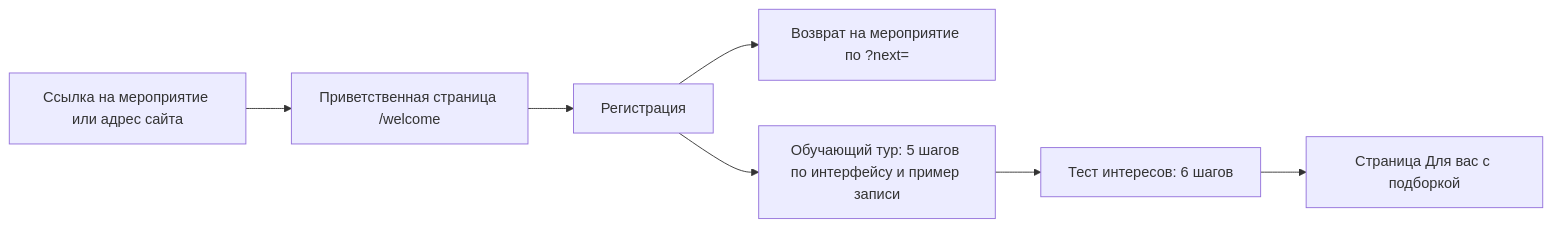
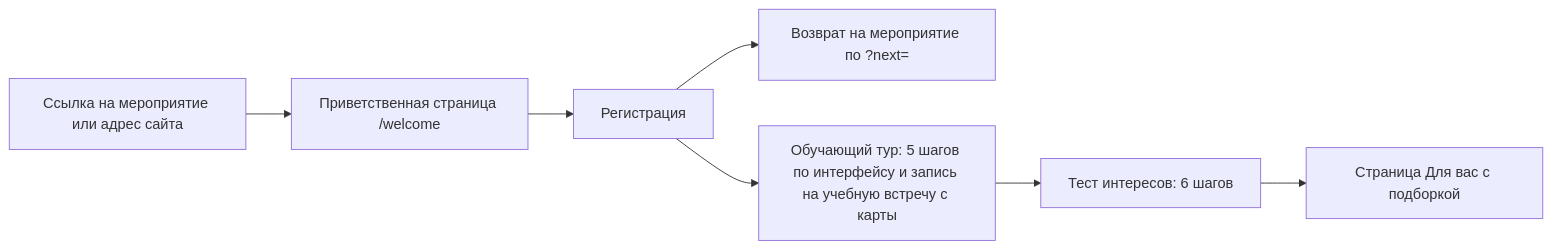
The tenth of 14 diagrams in docs-zensical/docs/user-flows/index.md (Re-Hub-TUSUR/fsp_finals_2026), drawn with Mermaid before and after one commit. The commit also changed 18 other files, not shown here.

````diff
--- a/docs-zensical/docs/user-flows/index.md
+++ b/docs-zensical/docs/user-flows/index.md
@@ -140,9 +140,9 @@
 ```mermaid
 flowchart LR
   a["Ссылка на мероприятие или адрес сайта"] --> b["Приветственная страница /welcome"]
   b --> c["Регистрация"]
   c --> d["Возврат на мероприятие по ?next="]
-  c --> e["Обучающий тур: 5 шагов по интерфейсу и пример записи"]
+  c --> e["Обучающий тур: 5 шагов по интерфейсу и запись на учебную встречу с карты"]
   e --> f["Тест интересов: 6 шагов"]
   f --> g["Страница Для вас с подборкой"]
 ```
````
